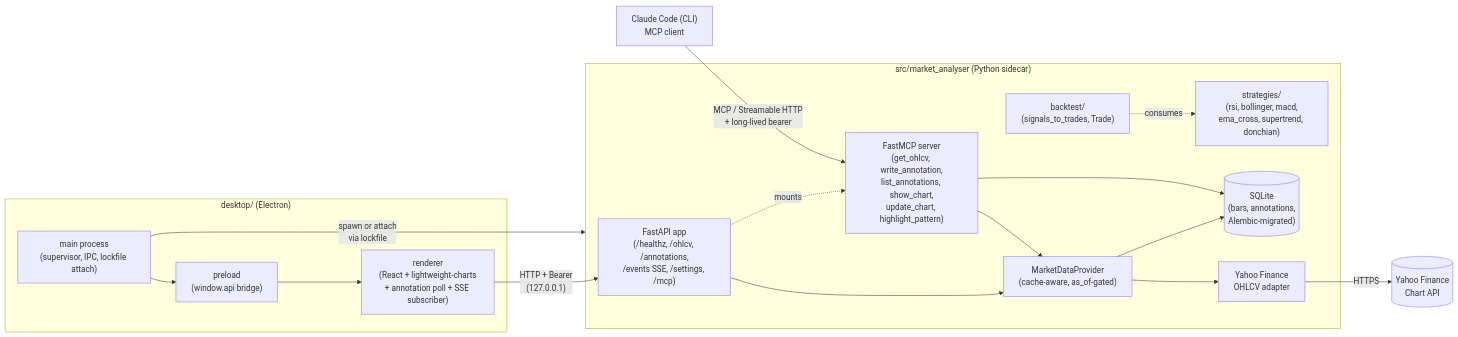
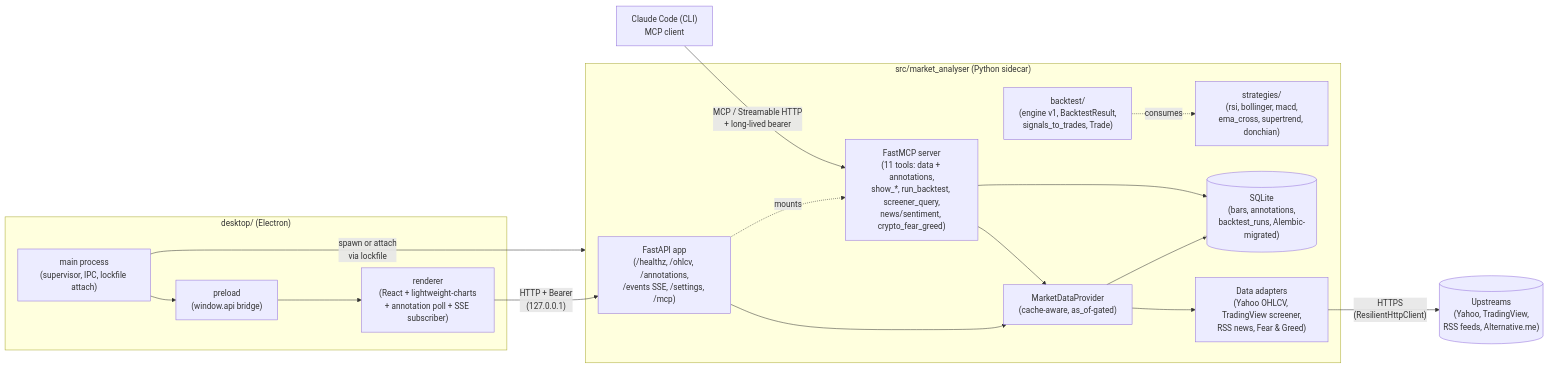
Before and after one commit to IgorKonovalov/market-analyzer: the diagram in README.md, drawn with Mermaid. The commit also changed other lines of this file and 5 other files, not shown here.

````diff
--- a/README.md
+++ b/README.md
@@ -29,32 +35,32 @@
 ```mermaid
 flowchart LR
   agent["Claude Code (CLI)<br/>MCP client"]
 
   subgraph desktop["desktop/ (Electron)"]
     main["main process<br/>(supervisor, IPC, lockfile attach)"]
     preload["preload<br/>(window.api bridge)"]
     renderer["renderer<br/>(React + lightweight-charts<br/>+ annotation poll + SSE subscriber)"]
     main --> preload --> renderer
   end
 
   subgraph sidecar["src/market_analyser (Python sidecar)"]
     api["FastAPI app<br/>(/healthz, /ohlcv, /annotations,<br/>/events SSE, /settings, /mcp)"]
-    mcpapp["FastMCP server<br/>(get_ohlcv, write_annotation,<br/>list_annotations, show_chart,<br/>update_chart, highlight_pattern)"]
+    mcpapp["FastMCP server<br/>(11 tools: data + annotations,<br/>show_*, run_backtest, screener_query,<br/>news/sentiment, crypto_fear_greed)"]
     provider["MarketDataProvider<br/>(cache-aware, as_of-gated)"]
     strategies["strategies/<br/>(rsi, bollinger, macd,<br/>ema_cross, supertrend, donchian)"]
-    backtest["backtest/<br/>(signals_to_trades, Trade)"]
-    cache[("SQLite<br/>(bars, annotations,<br/>Alembic-migrated)")]
-    adapter["Yahoo Finance<br/>OHLCV adapter"]
+    backtest["backtest/<br/>(engine v1, BacktestResult,<br/>signals_to_trades, Trade)"]
+    cache[("SQLite<br/>(bars, annotations,<br/>backtest_runs, Alembic-migrated)")]
+    adapter["Data adapters<br/>(Yahoo OHLCV, TradingView screener,<br/>RSS news, Fear & Greed)"]
     api --> provider --> cache
     api -. mounts .-> mcpapp
     mcpapp --> provider
     mcpapp --> cache
     provider --> adapter
     backtest -. consumes .-> strategies
   end
 
   renderer -- "HTTP + Bearer<br/>(127.0.0.1)" --> api
   agent -- "MCP / Streamable HTTP<br/>+ long-lived bearer" --> mcpapp
   main -- "spawn or attach<br/>via lockfile" --> sidecar
-  adapter -- "HTTPS" --> yahoo[("Yahoo Finance<br/>Chart API")]
+  adapter -- "HTTPS<br/>(ResilientHttpClient)" --> upstreams[("Upstreams<br/>(Yahoo, TradingView,<br/>RSS feeds, Alternative.me)")]
 ```
````
